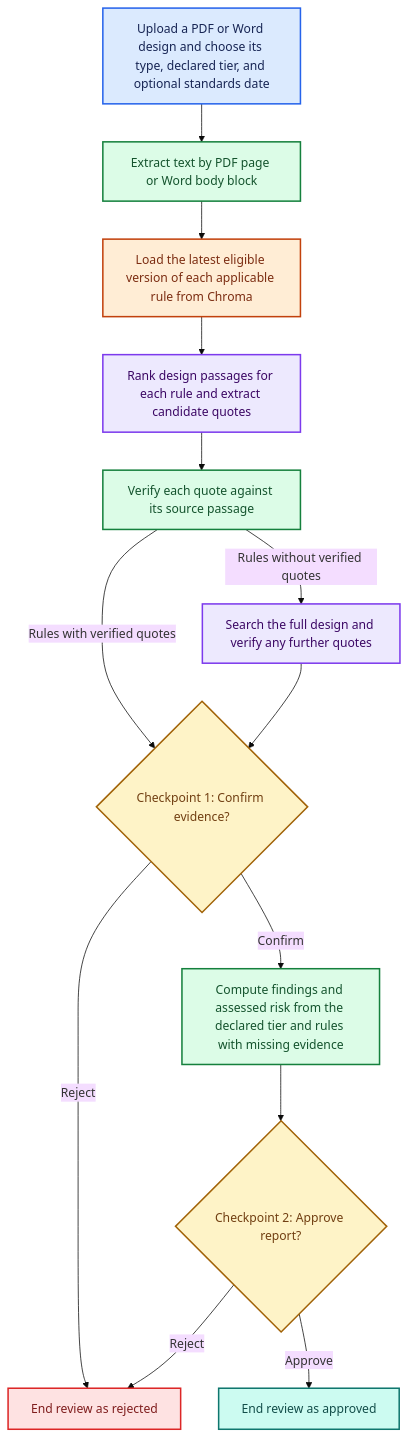
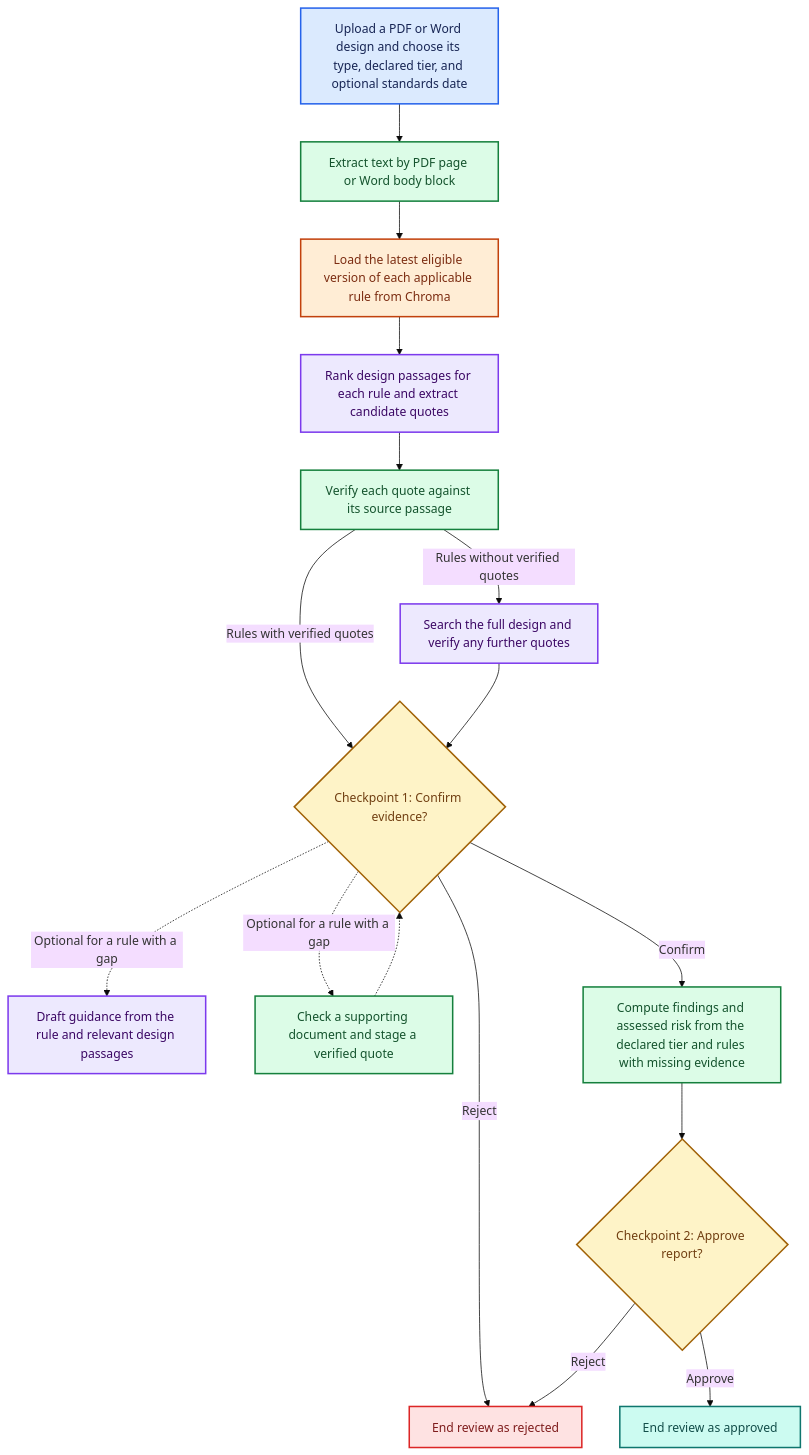
One commit to girisheduru/archgovasst changed the fourth of 11 diagrams in flowdiagrams.md. Above: the diagram before and after it, drawn with Mermaid (base theme). The commit also changed other lines of this file and 26 other files, not shown here.

Commit message:
used recommedation LLM call to suggest the evidence required

````diff
--- a/flowdiagrams.md
+++ b/flowdiagrams.md
@@ -101,30 +101,33 @@
 ```mermaid
 flowchart TD
     Upload["Upload a PDF or Word design and choose its type, declared tier, and optional standards date"] --> Parse["Extract text by PDF page or Word body block"]
     Parse --> Rules["Load the latest eligible version of each applicable rule from Chroma"]
     Rules --> Extract["Rank design passages for each rule and extract candidate quotes"]
     Extract --> Validate["Verify each quote against its source passage"]
     Validate -->|"Rules without verified quotes"| Full["Search the full design and verify any further quotes"]
     Validate -->|"Rules with verified quotes"| Evidence{"Checkpoint 1: Confirm evidence?"}
     Full --> Evidence
+    Evidence -.->|"Optional for a rule with a gap"| Guidance["Draft guidance from the rule and relevant design passages"]
+    Evidence -.->|"Optional for a rule with a gap"| Recheck["Check a supporting document and stage a verified quote"]
+    Recheck -.-> Evidence
     Evidence -->|"Reject"| Rejected["End review as rejected"]
     Evidence -->|"Confirm"| Policy["Compute findings and assessed risk from the declared tier and rules with missing evidence"]
     Policy --> Report{"Checkpoint 2: Approve report?"}
     Report -->|"Reject"| Rejected
     Report -->|"Approve"| Approved["End review as approved"]
 
     classDef user fill:#dbeafe,stroke:#2563eb,color:#172554,stroke-width:2px;
     class Upload user;
     classDef process fill:#dcfce7,stroke:#15803d,color:#14532d,stroke-width:2px;
-    class Parse,Validate,Policy process;
+    class Parse,Validate,Policy,Recheck process;
     classDef store fill:#ffedd5,stroke:#c2410c,color:#7c2d12,stroke-width:2px;
     class Rules store;
     classDef llm fill:#ede9fe,stroke:#7c3aed,color:#3b0764,stroke-width:2px;
-    class Extract,Full llm;
+    class Extract,Full,Guidance llm;
     classDef decision fill:#fef3c7,stroke:#a16207,color:#713f12,stroke-width:2px;
     class Evidence,Report decision;
     classDef rejected fill:#fee2e2,stroke:#dc2626,color:#7f1d1d,stroke-width:2px;
     class Rejected rejected;
     classDef output fill:#ccfbf1,stroke:#0f766e,color:#134e4a,stroke-width:2px;
     class Approved output;
 ```
````
